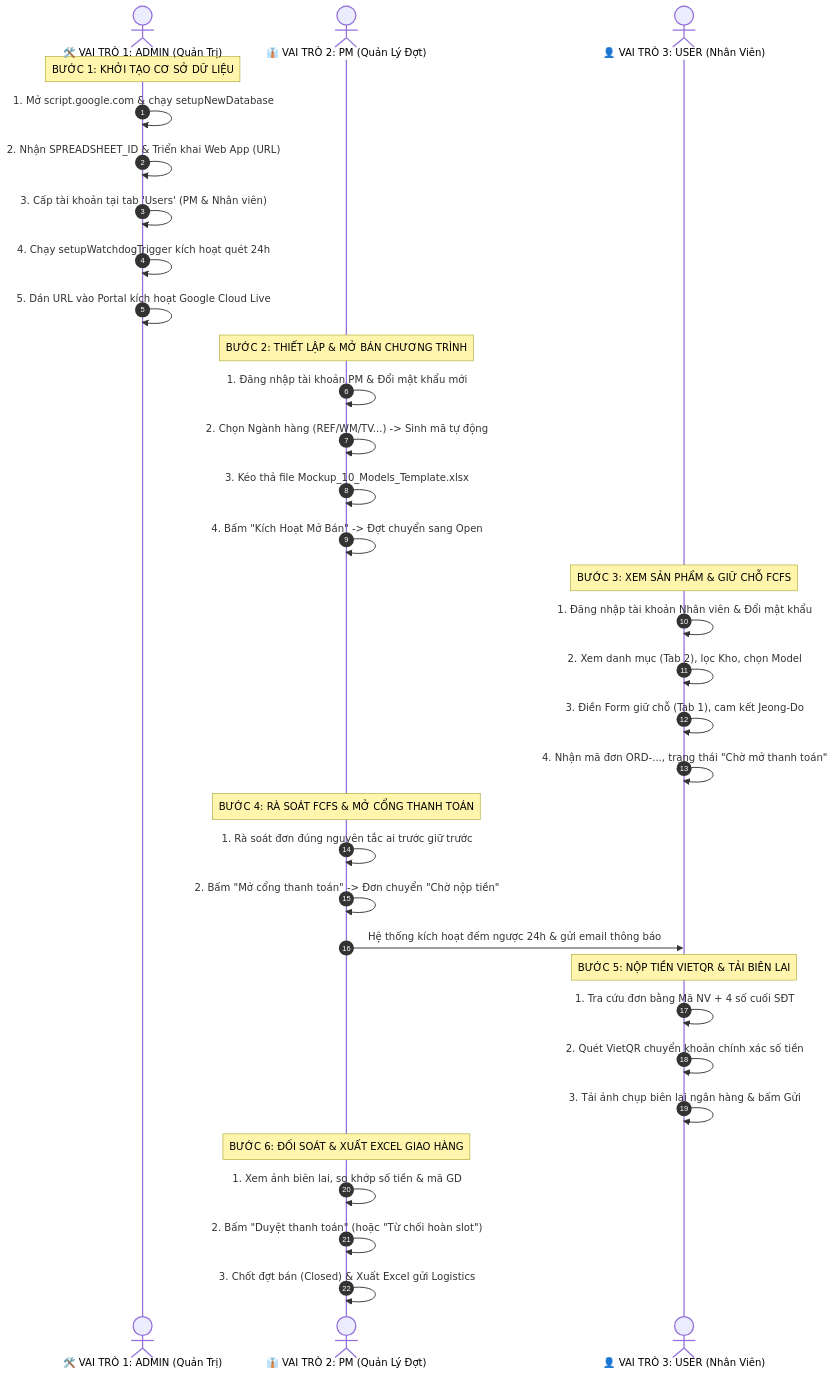
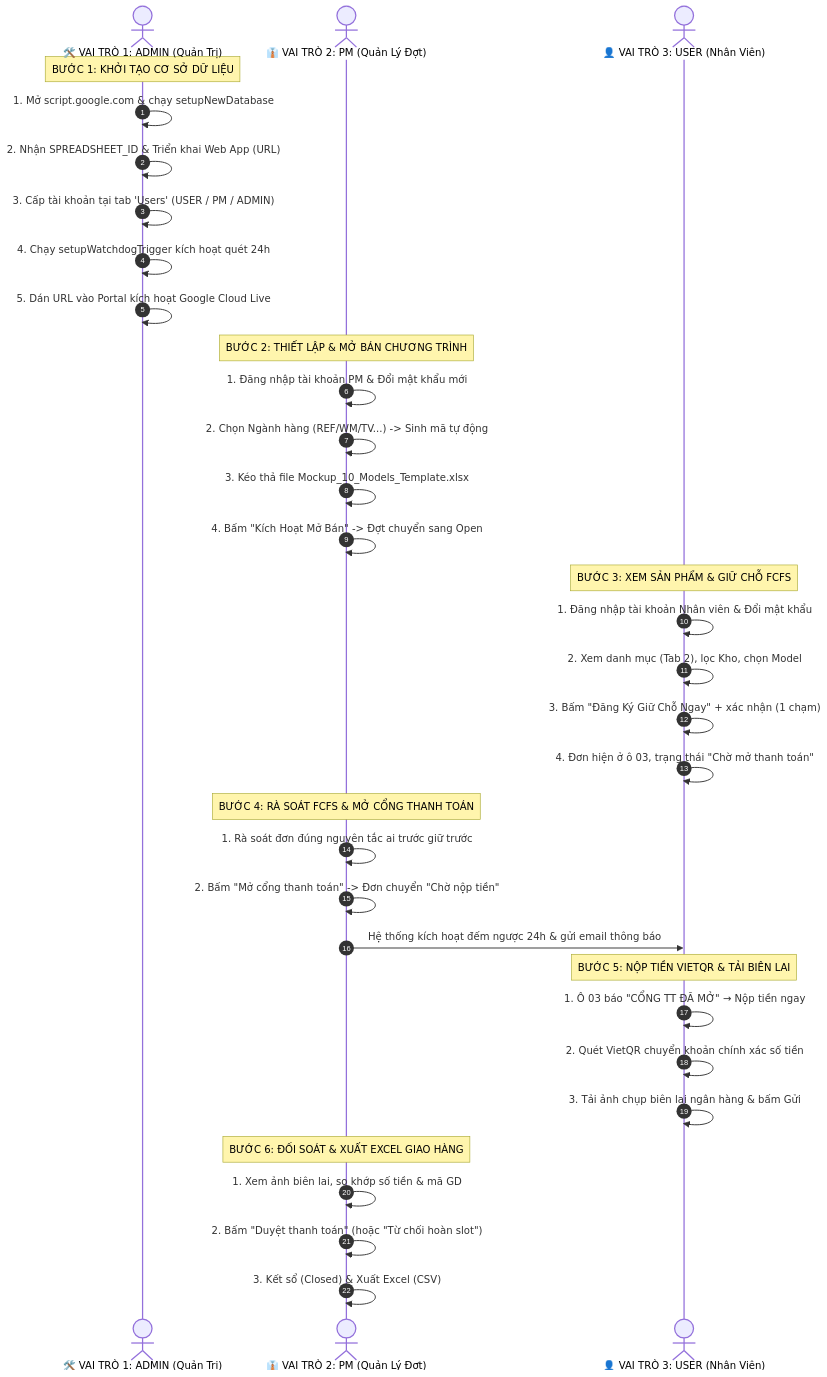
Before and after one commit to ai-coreteam/ai-coreteam.github.io: the diagram in docs/02-user-and-pm-guide/HUONG_DAN_KIEM_THU_THUC_TE_3_VAI_TRO_E2E.md, drawn with Mermaid. The commit also changed other lines of this file and 31 other files, not shown here.

````diff
--- a/docs/02-user-and-pm-guide/HUONG_DAN_KIEM_THU_THUC_TE_3_VAI_TRO_E2E.md
+++ b/docs/02-user-and-pm-guide/HUONG_DAN_KIEM_THU_THUC_TE_3_VAI_TRO_E2E.md
@@ -12,41 +14,41 @@
 ```mermaid
 sequenceDiagram
     autonumber
     actor Admin as 🛠️ VAI TRÒ 1: ADMIN (Quản Trị)
     actor PM as 👔 VAI TRÒ 2: PM (Quản Lý Đợt)
     actor User as 👤 VAI TRÒ 3: USER (Nhân Viên)
 
     Note over Admin: BƯỚC 1: KHỞI TẠO CƠ SỞ DỮ LIỆU
     Admin->>Admin: 1. Mở script.google.com & chạy setupNewDatabase
     Admin->>Admin: 2. Nhận SPREADSHEET_ID & Triển khai Web App (URL)
-    Admin->>Admin: 3. Cấp tài khoản tại tab 'Users' (PM & Nhân viên)
+    Admin->>Admin: 3. Cấp tài khoản tại tab 'Users' (USER / PM / ADMIN)
     Admin->>Admin: 4. Chạy setupWatchdogTrigger kích hoạt quét 24h
     Admin->>Admin: 5. Dán URL vào Portal kích hoạt Google Cloud Live
 
     Note over PM: BƯỚC 2: THIẾT LẬP & MỞ BÁN CHƯƠNG TRÌNH
     PM->>PM: 1. Đăng nhập tài khoản PM & Đổi mật khẩu mới
     PM->>PM: 2. Chọn Ngành hàng (REF/WM/TV...) -> Sinh mã tự động
     PM->>PM: 3. Kéo thả file Mockup_10_Models_Template.xlsx
     PM->>PM: 4. Bấm "Kích Hoạt Mở Bán" -> Đợt chuyển sang Open
 
     Note over User: BƯỚC 3: XEM SẢN PHẨM & GIỮ CHỖ FCFS
     User->>User: 1. Đăng nhập tài khoản Nhân viên & Đổi mật khẩu
     User->>User: 2. Xem danh mục (Tab 2), lọc Kho, chọn Model
-    User->>User: 3. Điền Form giữ chỗ (Tab 1), cam kết Jeong-Do
-    User->>User: 4. Nhận mã đơn ORD-..., trạng thái "Chờ mở thanh toán"
+    User->>User: 3. Bấm "Đăng Ký Giữ Chỗ Ngay" + xác nhận (1 chạm)
+    User->>User: 4. Đơn hiện ở ô 03, trạng thái "Chờ mở thanh toán"
 
     Note over PM: BƯỚC 4: RÀ SOÁT FCFS & MỞ CỔNG THANH TOÁN
     PM->>PM: 1. Rà soát đơn đúng nguyên tắc ai trước giữ trước
     PM->>PM: 2. Bấm "Mở cổng thanh toán" -> Đơn chuyển "Chờ nộp tiền"
     PM->>User: Hệ thống kích hoạt đếm ngược 24h & gửi email thông báo
 
     Note over User: BƯỚC 5: NỘP TIỀN VIETQR & TẢI BIÊN LAI
-    User->>User: 1. Tra cứu đơn bằng Mã NV + 4 số cuối SĐT
+    User->>User: 1. Ô 03 báo "CỔNG TT ĐÃ MỞ" → Nộp tiền ngay
     User->>User: 2. Quét VietQR chuyển khoản chính xác số tiền
     User->>User: 3. Tải ảnh chụp biên lai ngân hàng & bấm Gửi
 
     Note over PM: BƯỚC 6: ĐỐI SOÁT & XUẤT EXCEL GIAO HÀNG
     PM->>PM: 1. Xem ảnh biên lai, so khớp số tiền & mã GD
     PM->>PM: 2. Bấm "Duyệt thanh toán" (hoặc "Từ chối hoàn slot")
-    PM->>PM: 3. Chốt đợt bán (Closed) & Xuất Excel gửi Logistics
+    PM->>PM: 3. Kết sổ (Closed) & Xuất Excel (CSV)
 ```
````
